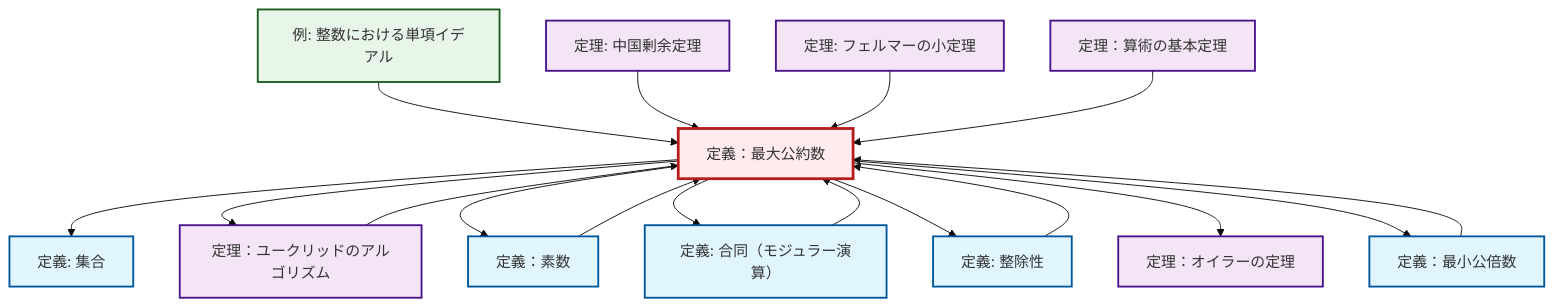
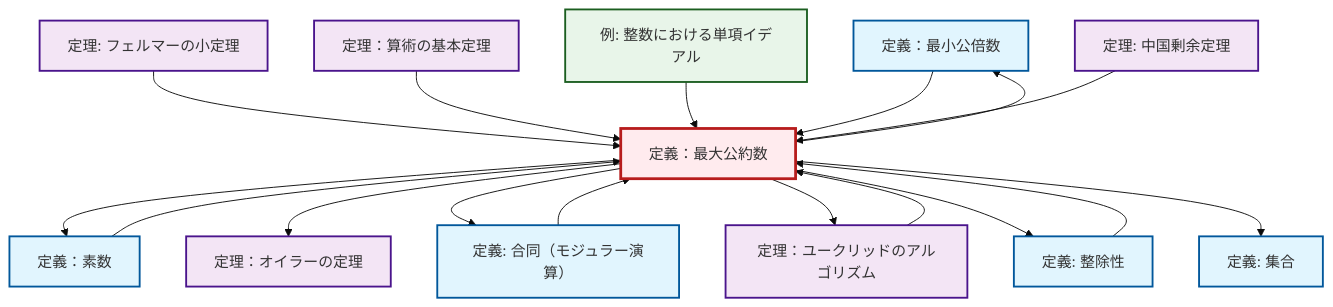
One commit to RK0429/ModernMath changed the second of 2 diagrams in content/ja/number-theory/def-gcd.qmd. Above: the diagram before and after it, drawn with Mermaid (base theme). The commit also changed 672 other files, not shown here.

````diff
--- a/content/ja/number-theory/def-gcd.qmd
+++ b/content/ja/number-theory/def-gcd.qmd
@@ -94,49 +94,49 @@
 ```{mermaid}
-%%| fig-cap: "Local dependency graph"
+%%| fig-cap: "ローカル依存関係グラフ"
 graph TD
     classDef definition fill:#e1f5fe,stroke:#01579b,stroke-width:2px
     classDef theorem fill:#f3e5f5,stroke:#4a148c,stroke-width:2px
     classDef axiom fill:#fff3e0,stroke:#e65100,stroke-width:2px
     classDef example fill:#e8f5e9,stroke:#1b5e20,stroke-width:2px
     classDef current fill:#ffebee,stroke:#b71c1c,stroke-width:3px
-    def-gcd["定義：最大公約数"]:::definition
-    def-congruence["定義: 合同（モジュラー演算）"]:::definition
-    thm-euler["定理：オイラーの定理"]:::theorem
-    thm-chinese-remainder["定理: 中国剰余定理"]:::theorem
+    def-set["定義: 集合"]:::definition
     def-lcm["定義：最小公倍数"]:::definition
-    ex-principal-ideal["例: 整数における単項イデアル"]:::example
-    def-divisibility["定義: 整除性"]:::definition
-    thm-fundamental-arithmetic["定理：算術の基本定理"]:::theorem
-    def-set["定義: 集合"]:::definition
     thm-euclidean-algorithm["定理：ユークリッドのアルゴリズム"]:::theorem
     thm-fermat-little["定理: フェルマーの小定理"]:::theorem
+    thm-fundamental-arithmetic["定理：算術の基本定理"]:::theorem
+    thm-euler["定理：オイラーの定理"]:::theorem
+    def-congruence["定義: 合同（モジュラー演算）"]:::definition
+    ex-principal-ideal["例: 整数における単項イデアル"]:::example
     def-prime["定義：素数"]:::definition
+    def-gcd["定義：最大公約数"]:::definition
+    thm-chinese-remainder["定理: 中国剰余定理"]:::theorem
+    def-divisibility["定義: 整除性"]:::definition
+    def-gcd --> def-prime
+    thm-fermat-little --> def-gcd
+    def-divisibility --> def-gcd
+    thm-fundamental-arithmetic --> def-gcd
+    thm-euclidean-algorithm --> def-gcd
+    def-prime --> def-gcd
+    def-gcd --> thm-euler
+    def-gcd --> def-congruence
+    ex-principal-ideal --> def-gcd
+    def-gcd --> def-lcm
+    def-gcd --> thm-euclidean-algorithm
+    def-lcm --> def-gcd
+    thm-chinese-remainder --> def-gcd
+    def-congruence --> def-gcd
+    def-gcd --> def-divisibility
     def-gcd --> def-set
-    def-lcm --> def-gcd
-    ex-principal-ideal --> def-gcd
-    def-gcd --> thm-euclidean-algorithm
-    def-gcd --> def-prime
-    def-gcd --> def-congruence
-    def-gcd --> def-divisibility
-    thm-chinese-remainder --> def-gcd
-    thm-euclidean-algorithm --> def-gcd
-    def-congruence --> def-gcd
-    def-divisibility --> def-gcd
-    def-prime --> def-gcd
-    thm-fermat-little --> def-gcd
-    thm-fundamental-arithmetic --> def-gcd
-    def-gcd --> thm-euler
-    def-gcd --> def-lcm
     class def-gcd current
-    click def-congruence "def-congruence.html" "合同（モジュラー演算）の定義へ"
-    click thm-euler "thm-euler.html" "定理：オイラーの定理へ"
-    click thm-chinese-remainder "thm-chinese-remainder.html" "中国剰余定理の定理へ"
+    click def-set "def-set.html" "集合の定義へ"
     click def-lcm "def-lcm.html" "定義：最小公倍数へ"
-    click ex-principal-ideal "ex-principal-ideal.html" "整数における単項イデアルの例へ"
-    click def-divisibility "def-divisibility.html" "整除性の定義へ"
-    click thm-fundamental-arithmetic "thm-fundamental-arithmetic.html" "定理：算術の基本定理へ"
-    click def-set "def-set.html" "集合の定義へ"
     click thm-euclidean-algorithm "thm-euclidean-algorithm.html" "定理：ユークリッドのアルゴリズムへ"
     click thm-fermat-little "thm-fermat-little.html" "フェルマーの小定理の定理へ"
+    click thm-fundamental-arithmetic "thm-fundamental-arithmetic.html" "定理：算術の基本定理へ"
+    click thm-euler "thm-euler.html" "定理：オイラーの定理へ"
+    click def-congruence "def-congruence.html" "合同（モジュラー演算）の定義へ"
+    click ex-principal-ideal "ex-principal-ideal.html" "整数における単項イデアルの例へ"
     click def-prime "def-prime.html" "定義：素数へ"
+    click thm-chinese-remainder "thm-chinese-remainder.html" "中国剰余定理の定理へ"
+    click def-divisibility "def-divisibility.html" "整除性の定義へ"
 ```
````
